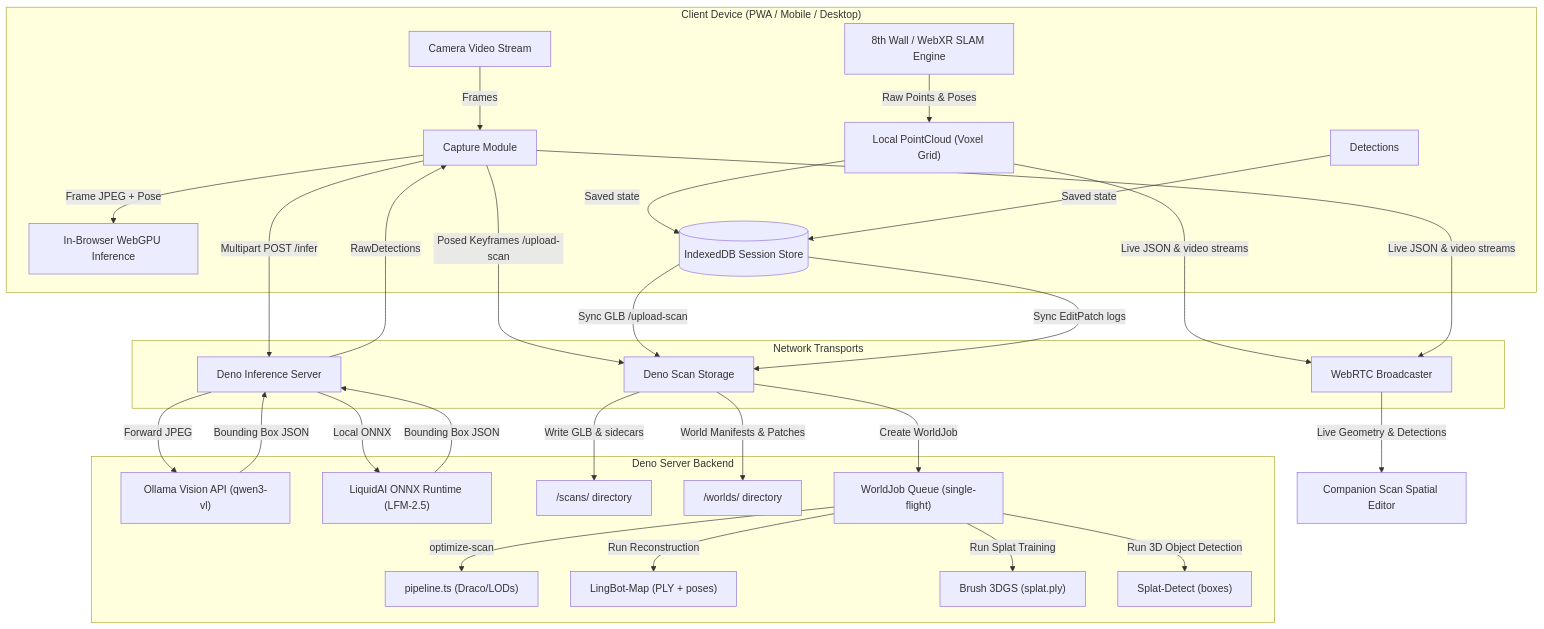
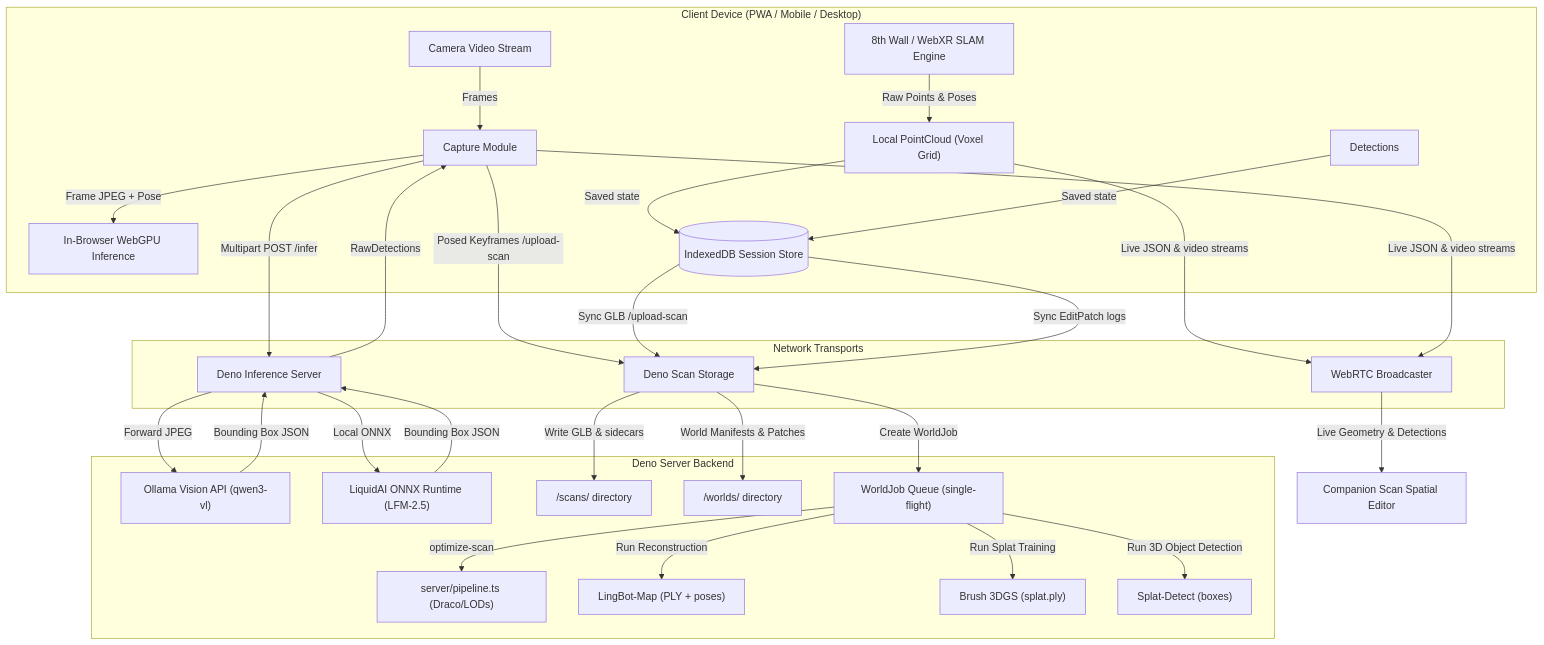
One commit to companionintelligence/CI-Spatial changed the third of 3 diagrams in README.md. Above: the diagram before and after it, drawn with Mermaid. The commit also changed other lines of this file and 14 other files, not shown here.

````diff
--- a/README.md
+++ b/README.md
@@ -140,33 +140,33 @@
 ```mermaid
 graph TD
     subgraph Client ["Client Device (PWA / Mobile / Desktop)"]
         SLAM["8th Wall / WebXR SLAM Engine"] -->|Raw Points & Poses| PC["Local PointCloud (Voxel Grid)"]
         Camera["Camera Video Stream"] -->|Frames| Cap["Capture Module"]
         Cap -->|Frame JPEG + Pose| VLM_Local["In-Browser WebGPU Inference"]
         PC & Dets_Local["Detections"] -->|Saved state| IDB[(IndexedDB Session Store)]
     end
 
     subgraph Transport ["Network Transports"]
         Cap -->|Multipart POST /infer| Server_Infer["Deno Inference Server"]
         Cap -->|Posed Keyframes /upload-scan| Server_Storage["Deno Scan Storage"]
         PC & Cap -->|Live JSON & video streams| WebRTC["WebRTC Broadcaster"]
         IDB -->|Sync GLB /upload-scan| Server_Storage
         IDB -->|Sync EditPatch logs| Server_Storage
     end
 
     subgraph Server ["Deno Server Backend"]
         Server_Infer -->|Forward JPEG| Ollama["Ollama Vision API (qwen3-vl)"]
         Server_Infer -->|Local ONNX| LFM["LiquidAI ONNX Runtime (LFM-2.5)"]
         Server_Storage -->|Write GLB & sidecars| ScansDir["/scans/ directory"]
         Server_Storage -->|World Manifests & Patches| WorldsDir["/worlds/ directory"]
         Server_Storage -->|Create WorldJob| WorldJobs["WorldJob Queue (single-flight)"]
-        WorldJobs -->|optimize-scan| Optimize["pipeline.ts (Draco/LODs)"]
+        WorldJobs -->|optimize-scan| Optimize["server/pipeline.ts (Draco/LODs)"]
         WorldJobs -->|Run Reconstruction| LingBot["LingBot-Map (PLY + poses)"]
         WorldJobs -->|Run Splat Training| Brush["Brush 3DGS (splat.ply)"]
         WorldJobs -->|Run 3D Object Detection| SplatDetect["Splat-Detect (boxes)"]
     end
 
     Ollama & LFM -->|Bounding Box JSON| Server_Infer
     Server_Infer -->|RawDetections| Cap
     WebRTC -->|Live Geometry & Detections| DesktopEditor["Companion Scan Spatial Editor"]
 ```
````
